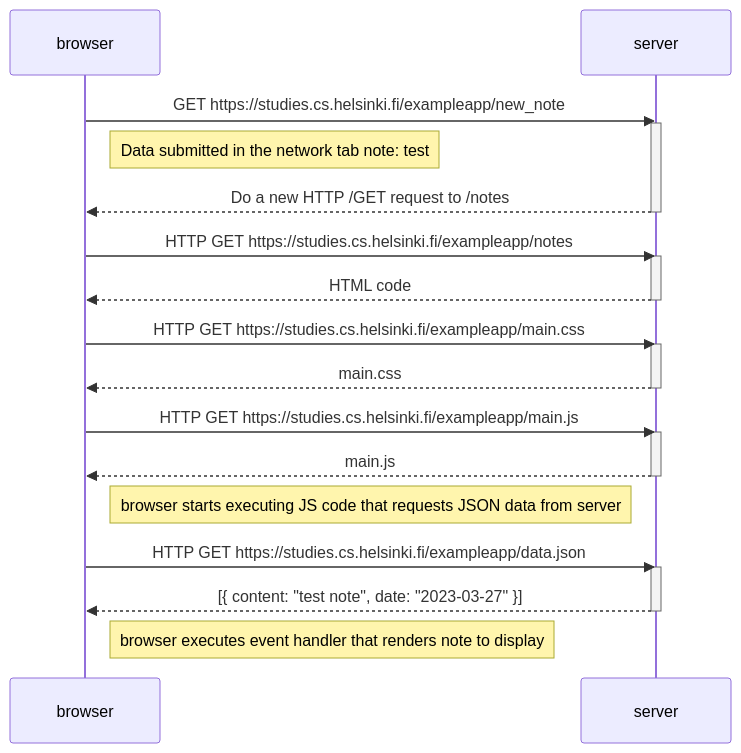
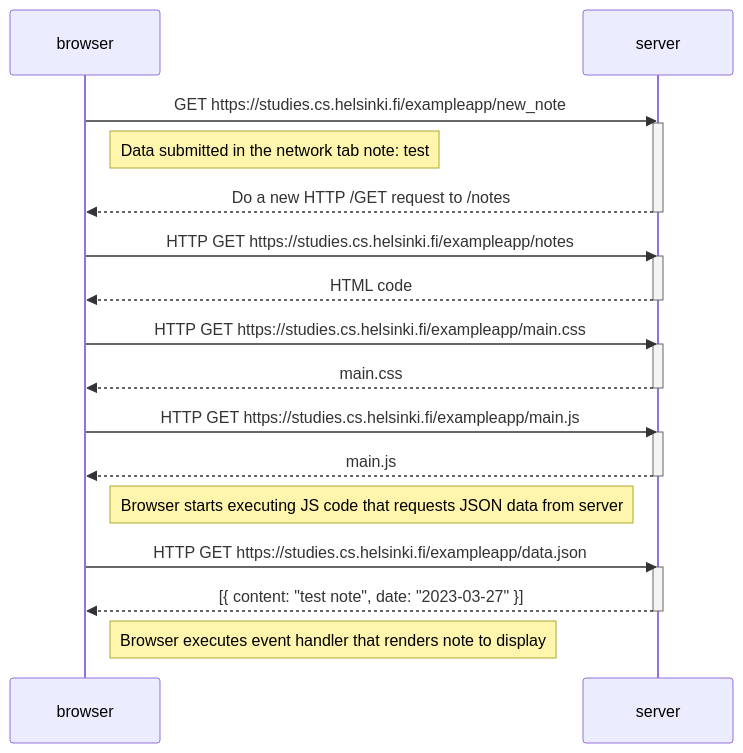
One commit to SXYII12RCHAS/fullstackopen changed the diagram in part0/Exercise4.mmd. Above: the diagram before and after it, drawn with Mermaid.

```diff
--- a/part0/Exercise4.mmd
+++ b/part0/Exercise4.mmd
@@ -1,33 +1,33 @@
 sequenceDiagram
 participant browser
 participant server
 
 browser->>server: GET https://studies.cs.helsinki.fi/exampleapp/new_note
     activate server
     Note right of browser: Data submitted in the network tab note: test
     server-->>browser: Do a new HTTP /GET request to /notes
     deactivate server
 
     browser->>server: HTTP GET https://studies.cs.helsinki.fi/exampleapp/notes
     activate server
     server-->>browser: HTML code
     deactivate server
 
     browser->>server: HTTP GET https://studies.cs.helsinki.fi/exampleapp/main.css
     activate server
     server-->>browser: main.css
     deactivate server
 
     browser->>server: HTTP GET https://studies.cs.helsinki.fi/exampleapp/main.js
     activate server
     server-->>browser: main.js
     deactivate server
 
-    Note right of browser: browser starts executing JS code that requests JSON data from server
+    Note right of browser: Browser starts executing JS code that requests JSON data from server
 
     browser->>server: HTTP GET https://studies.cs.helsinki.fi/exampleapp/data.json
     activate server
     server-->>browser: [{ content: "test note", date: "2023-03-27" }]
     deactivate server
 
-    Note right of browser: browser executes event handler that renders note to display
+    Note right of browser: Browser executes event handler that renders note to display
```
